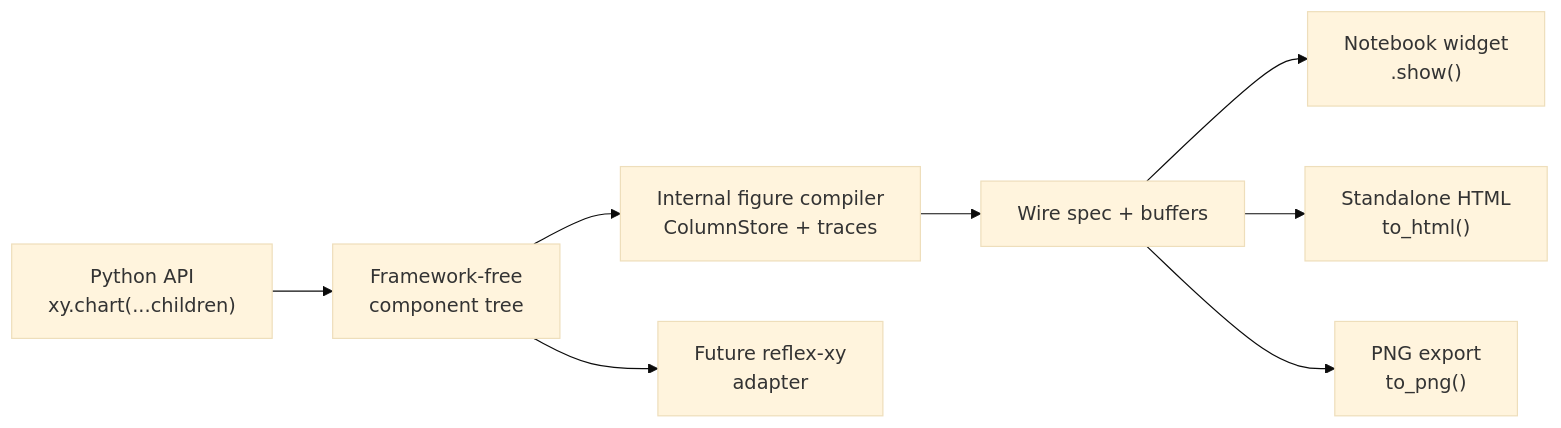
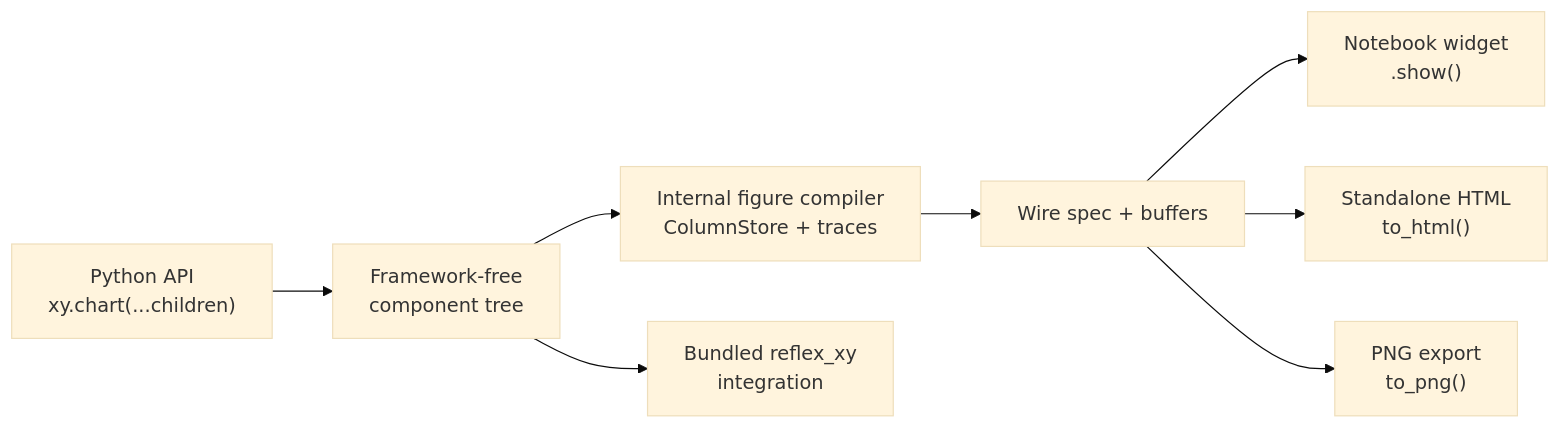
One commit to CurateLabs/xyg changed the diagram in spec/design/reflex-shaped-api.md. Above: the diagram before and after it, drawn with Mermaid (base theme). The commit also changed other lines of this file and 92 other files, not shown here.

First line of the commit message:
Ship Reflex integration as xy[reflex] (#408)

````diff
--- a/spec/design/reflex-shaped-api.md
+++ b/spec/design/reflex-shaped-api.md
@@ -60,17 +60,17 @@
 ```mermaid
 flowchart LR
   USER["Python API<br/>xy.chart(...children)"]
   TREE["Framework-free<br/>component tree"]
   FIG["Internal figure compiler<br/>ColumnStore + traces"]
   SPEC["Wire spec + buffers"]
   NB["Notebook widget<br/>.show()"]
   HTML["Standalone HTML<br/>to_html()"]
   PNG["PNG export<br/>to_png()"]
-  RX["Future reflex-xy<br/>adapter"]
+  RX["Bundled reflex_xy<br/>integration"]
 
   USER --> TREE --> FIG --> SPEC
   SPEC --> NB
   SPEC --> HTML
   SPEC --> PNG
   TREE --> RX
 ```
````
